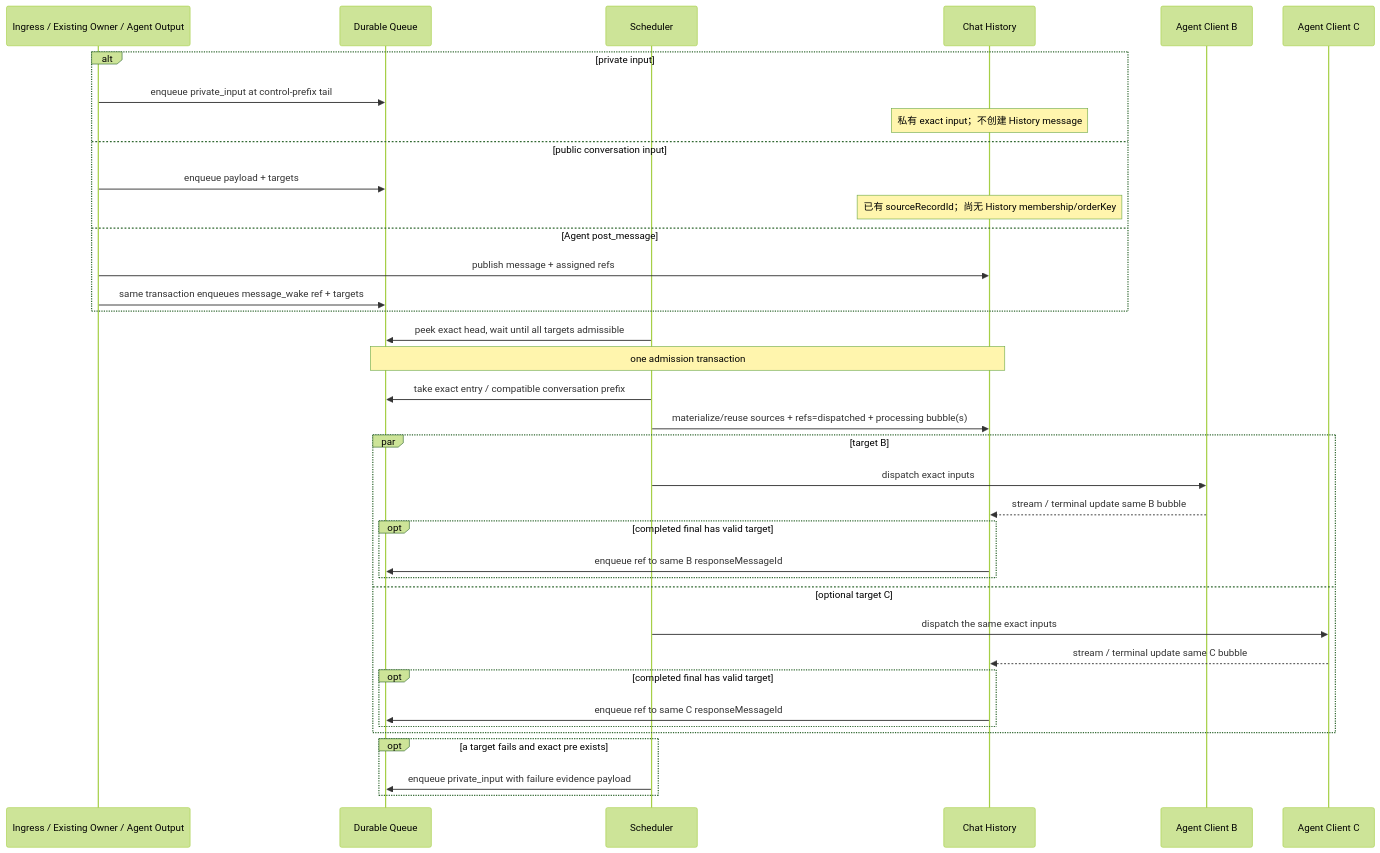
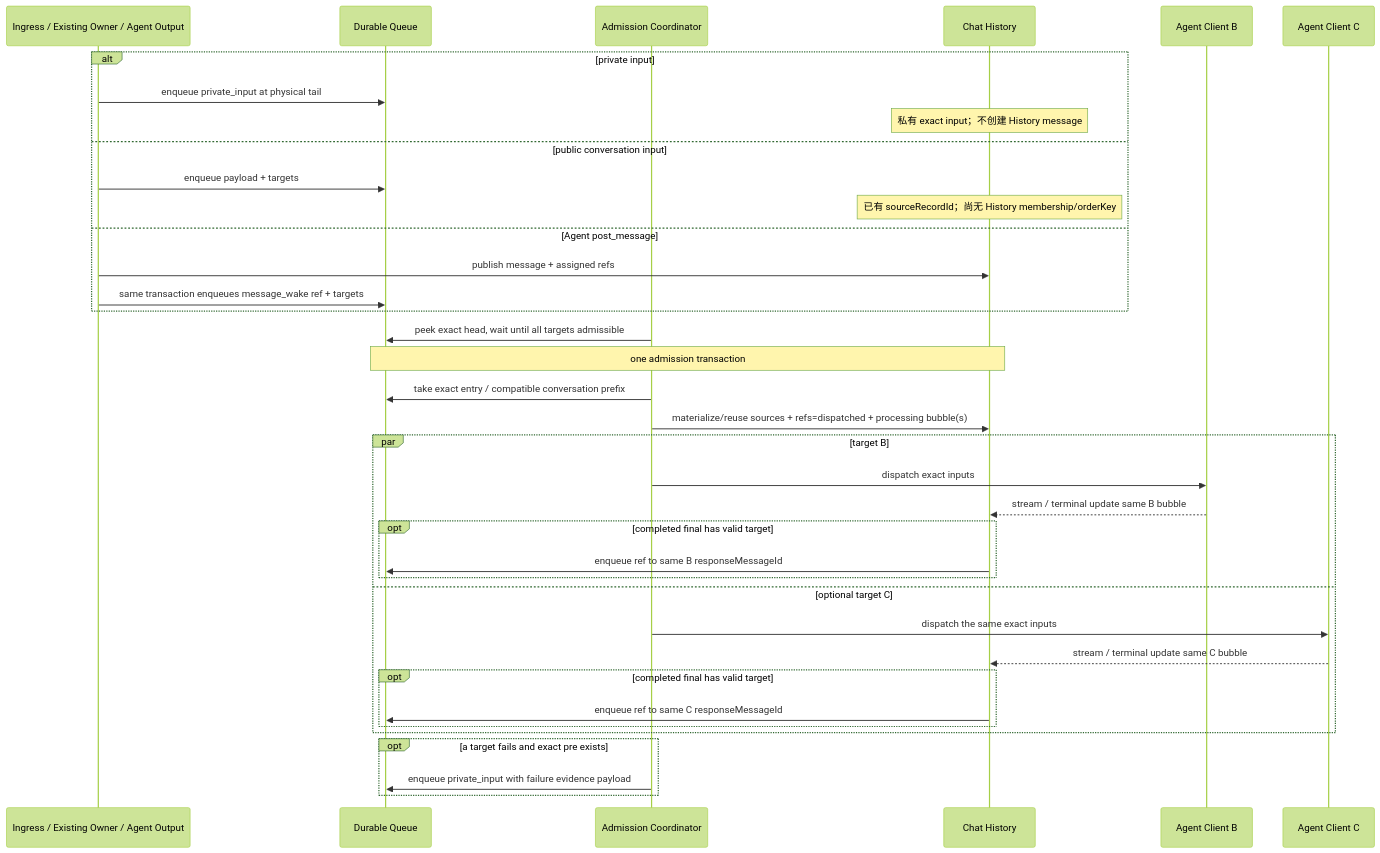
One commit to zts212653/clowder-ai changed the eighth of 8 diagrams in docs/architecture/message-delivery-handling-handoff-audit.md. Above: the diagram before and after it, drawn with Mermaid (forest theme). The commit also changed other lines of this file, not shown here.

````diff
--- a/docs/architecture/message-delivery-handling-handoff-audit.md
+++ b/docs/architecture/message-delivery-handling-handoff-audit.md
@@ -677,40 +681,40 @@
 ```mermaid
 sequenceDiagram
     participant I as Ingress / Existing Owner / Agent Output
     participant Q as Durable Queue
-    participant S as Scheduler
+    participant S as Admission Coordinator
     participant H as Chat History
     participant B as Agent Client B
     participant C as Agent Client C
 
     alt private input
-        I->>Q: enqueue private_input at control-prefix tail
+        I->>Q: enqueue private_input at physical tail
         Note over H: 私有 exact input；不创建 History message
     else public conversation input
         I->>Q: enqueue payload + targets
         Note over H: 已有 sourceRecordId；尚无 History membership/orderKey
     else Agent post_message
         I->>H: publish message + assigned refs
         I->>Q: same transaction enqueues message_wake ref + targets
     end
     S->>Q: peek exact head, wait until all targets admissible
     Note over Q,H: one admission transaction
     S->>Q: take exact entry / compatible conversation prefix
     S->>H: materialize/reuse sources + refs=dispatched + processing bubble(s)
     par target B
         S->>B: dispatch exact inputs
         B-->>H: stream / terminal update same B bubble
         opt completed final has valid target
             H->>Q: enqueue ref to same B responseMessageId
         end
     and optional target C
         S->>C: dispatch the same exact inputs
         C-->>H: stream / terminal update same C bubble
         opt completed final has valid target
             H->>Q: enqueue ref to same C responseMessageId
         end
     end
     opt a target fails and exact pre exists
         S->>Q: enqueue private_input with failure evidence payload
     end
 ```
````
